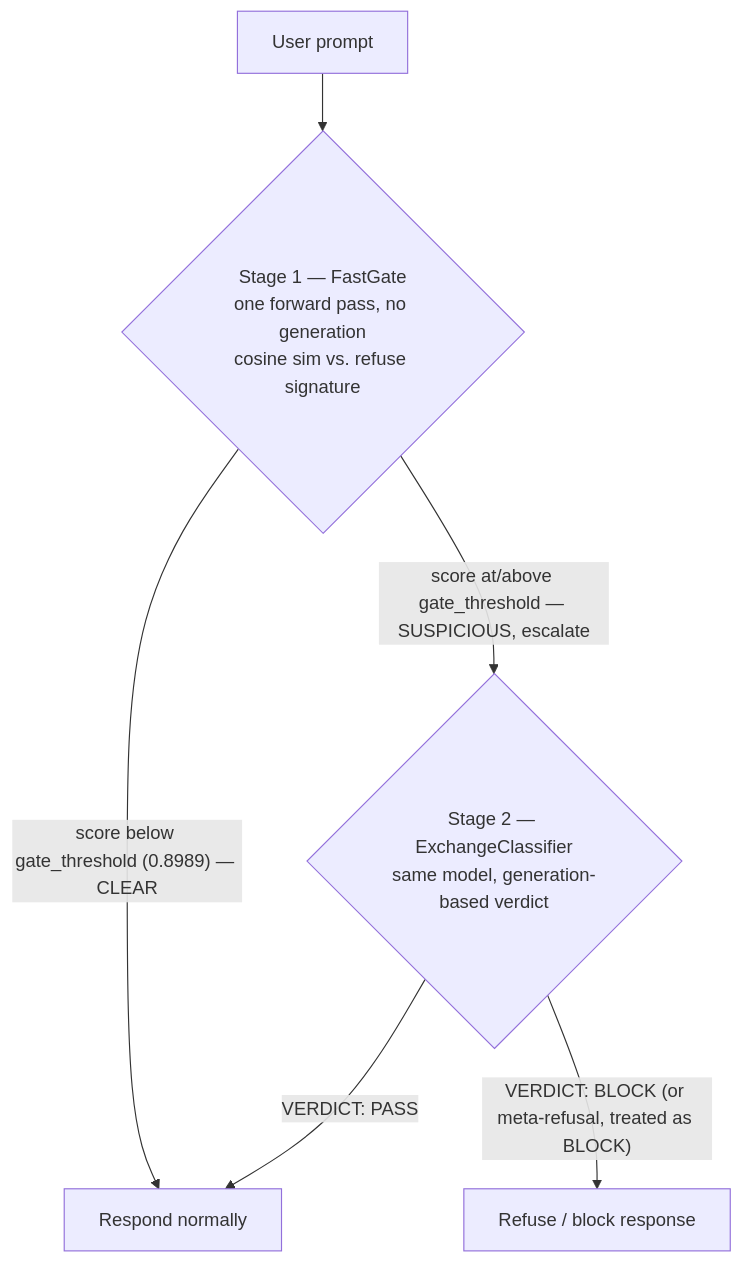
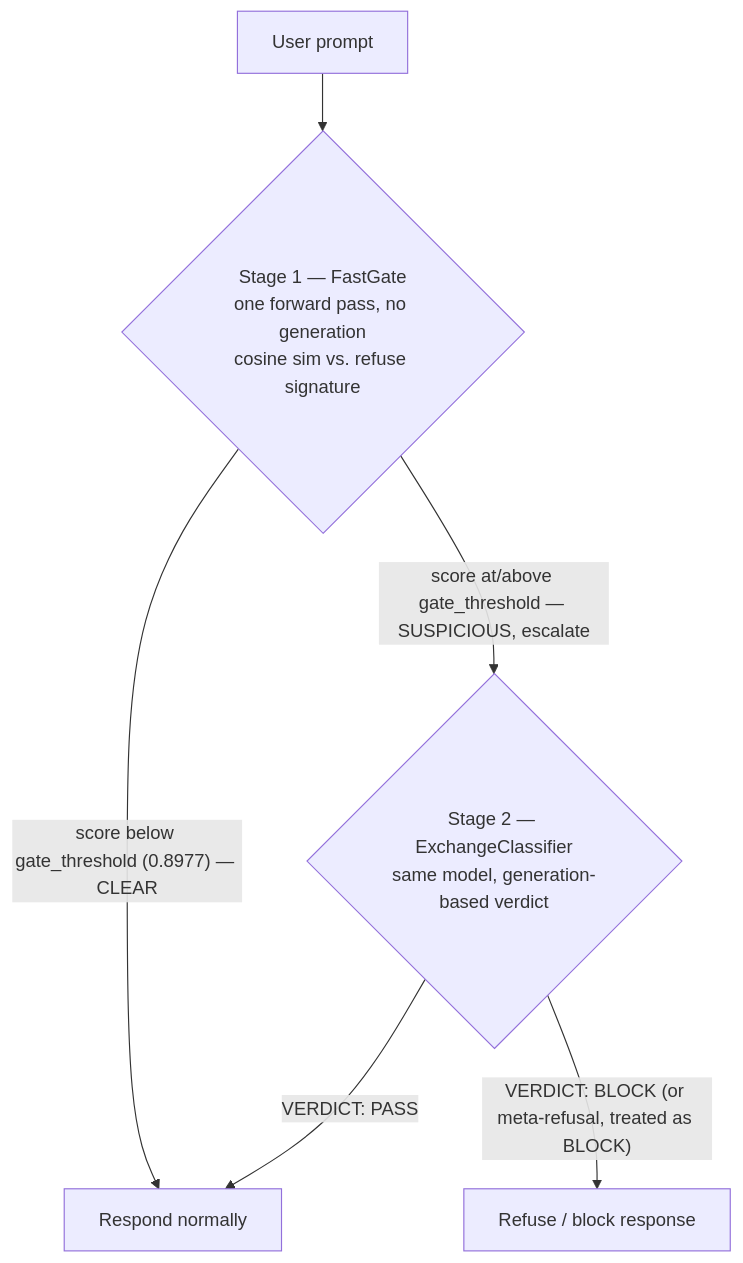
Before and after one commit to Palani-SN/abliteration-et-constitutional-classifier: the fourth of 4 diagrams in README.md, drawn with Mermaid. The commit also changed other lines of this file and 933 other files, not shown here.

````diff
--- a/README.md
+++ b/README.md
@@ -396,8 +470,8 @@
 ```mermaid
 flowchart TD
     P["User prompt"] --> FG{"Stage 1 — FastGate<br/>one forward pass, no generation<br/>cosine sim vs. refuse signature"}
-    FG -->|"score below gate_threshold (0.8989) — CLEAR"| ALLOW["Respond normally"]
+    FG -->|"score below gate_threshold (0.8977) — CLEAR"| ALLOW["Respond normally"]
     FG -->|"score at/above gate_threshold — SUSPICIOUS, escalate"| EC{"Stage 2 — ExchangeClassifier<br/>same model, generation-based verdict"}
     EC -->|"VERDICT: PASS"| ALLOW
     EC -->|"VERDICT: BLOCK (or meta-refusal, treated as BLOCK)"| BLOCK["Refuse / block response"]
 ```
````
